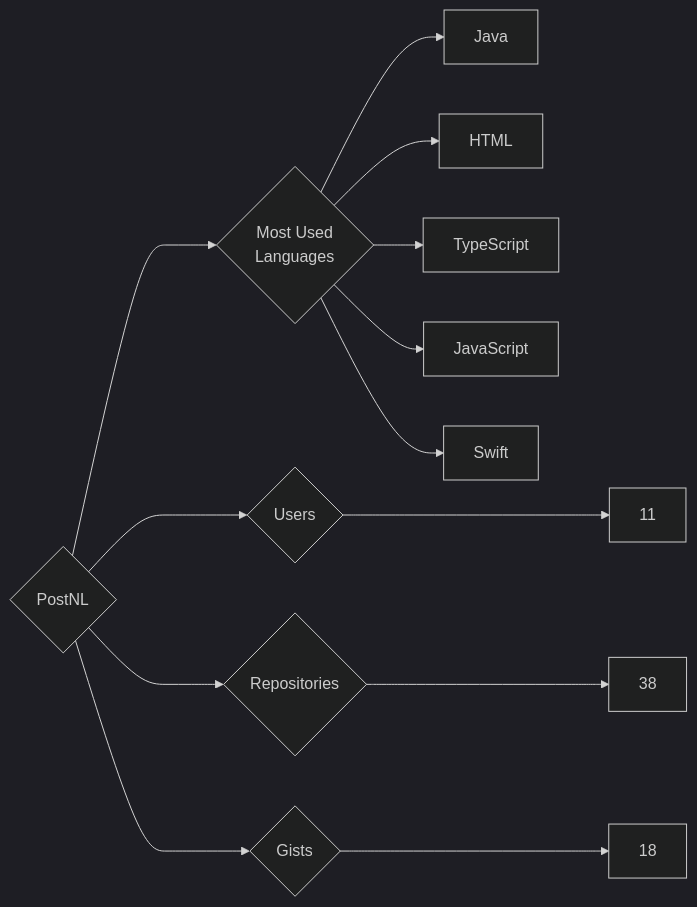
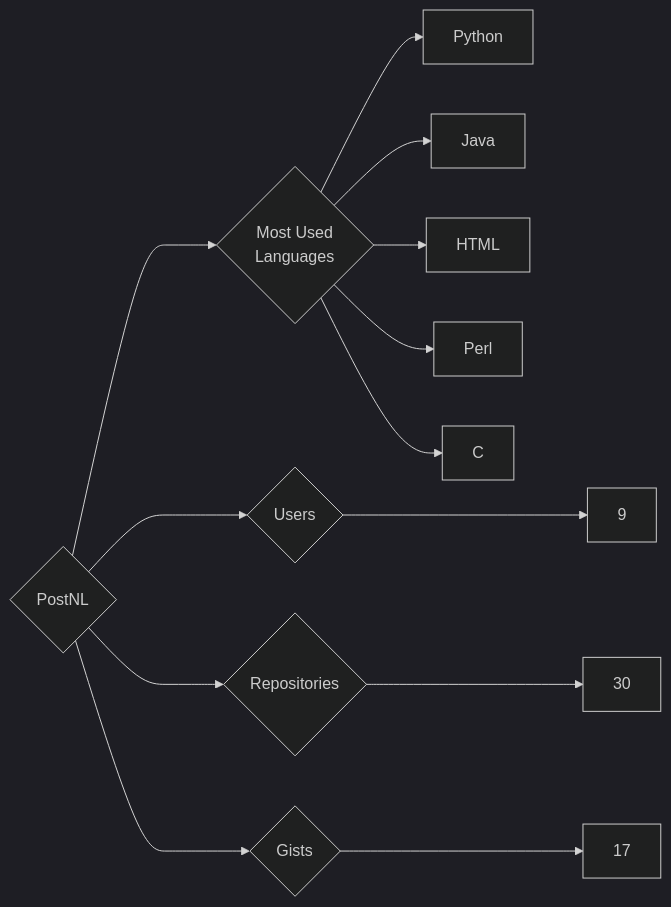
Before and after one commit to trickest/insiders: the diagram in targets/PostNL/README.md, drawn with Mermaid (dark theme). The commit also changed 965 other files, not shown here.

````diff
--- a/targets/PostNL/README.md
+++ b/targets/PostNL/README.md
@@ -3,13 +3,13 @@
 ```mermaid
 graph LR
 COMPANY_NAME{PostNL}
-COMPANY_NAME ---> U{Users} ---> UN[11]
-COMPANY_NAME ---> R{Repositories} ---> RN[38]
-COMPANY_NAME ---> G{Gists} ---> GN[18]
+COMPANY_NAME ---> U{Users} ---> UN[9]
+COMPANY_NAME ---> R{Repositories} ---> RN[30]
+COMPANY_NAME ---> G{Gists} ---> GN[17]
 COMPANY_NAME ---> ML{Most Used<br>Languages}
+ML --> Python[Python]
 ML --> Java[Java]
 ML --> HTML[HTML]
-ML --> TypeScript[TypeScript]
-ML --> JavaScript[JavaScript]
-ML --> Swift[Swift]
+ML --> Perl[Perl]
+ML --> C[C]
 ```
````
